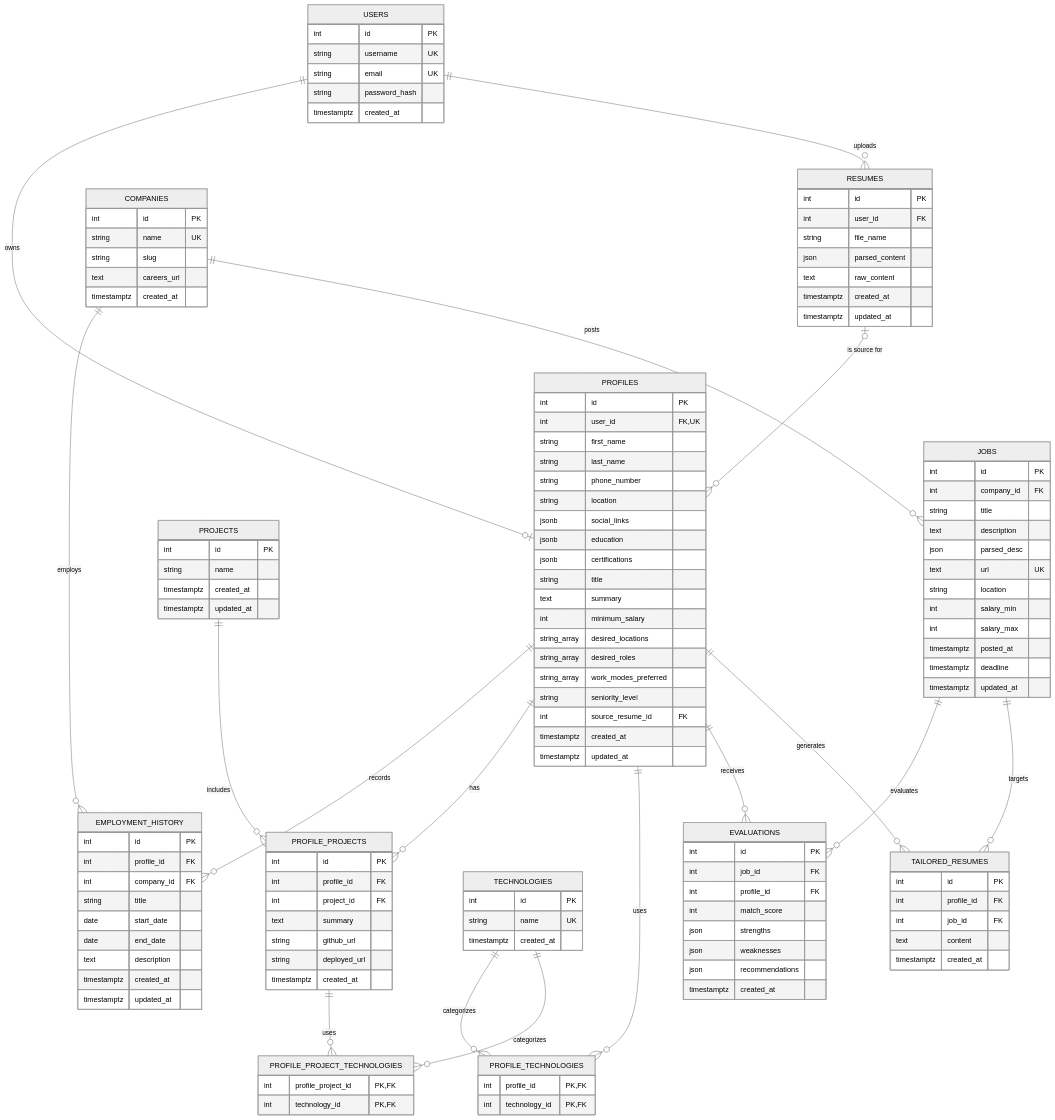
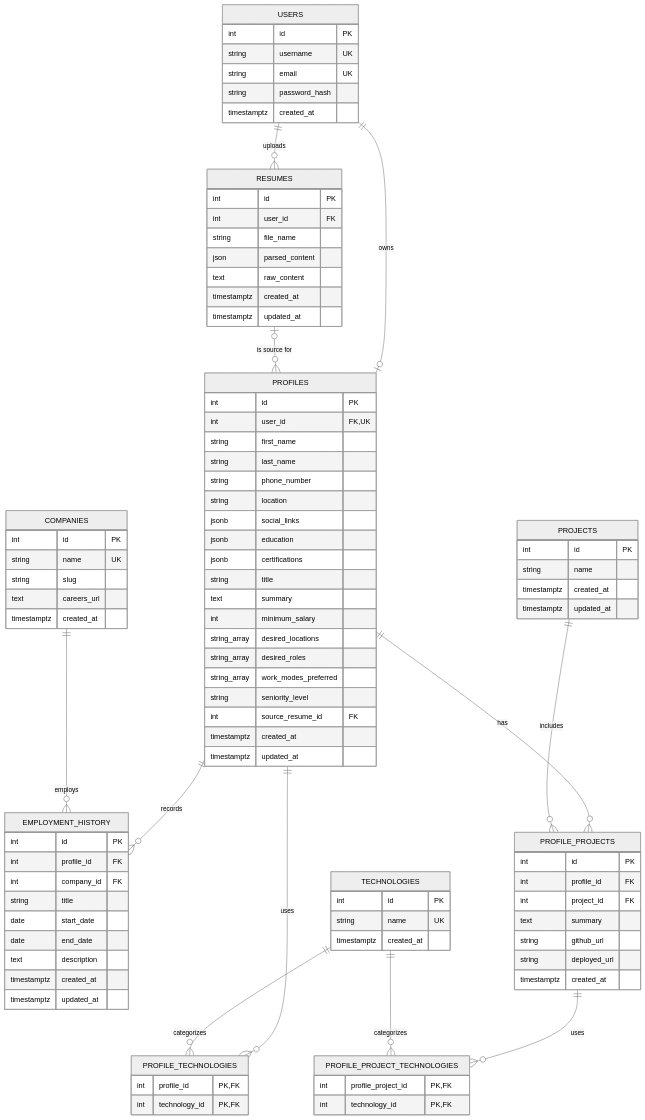
The diagram in docs/architecture/database-schema.md (saimm97/hire-journey), drawn with Mermaid (neutral theme) before and after one commit. The commit also changed other lines of this file and 44 other files, not shown here.

Commit message:
cleanup: remove unnecessary files, keep onboarding flow in this branch

````diff
--- a/docs/architecture/database-schema.md
+++ b/docs/architecture/database-schema.md
@@ -24,12 +26,6 @@
     TECHNOLOGIES ||--o{ PROFILE_TECHNOLOGIES : categorizes
     PROFILE_PROJECTS ||--o{ PROFILE_PROJECT_TECHNOLOGIES : uses
     TECHNOLOGIES ||--o{ PROFILE_PROJECT_TECHNOLOGIES : categorizes
-
-    COMPANIES ||--o{ JOBS : posts
-    PROFILES ||--o{ EVALUATIONS : receives
-    JOBS ||--o{ EVALUATIONS : evaluates
-    PROFILES ||--o{ TAILORED_RESUMES : generates
-    JOBS ||--o{ TAILORED_RESUMES : targets
 
     USERS {
         int id PK
@@ -124,37 +120,4 @@
         timestamptz created_at
     }
 
-    JOBS {
-        int id PK
-        int company_id FK
-        string title
-        text description
-        json parsed_desc
-        text url UK
-        string location
-        int salary_min
-        int salary_max
-        timestamptz posted_at
-        timestamptz deadline
-        timestamptz updated_at
-    }
-
-    EVALUATIONS {
-        int id PK
-        int job_id FK
-        int profile_id FK
-        int match_score
-        json strengths
-        json weaknesses
-        json recommendations
-        timestamptz created_at
-    }
-
-    TAILORED_RESUMES {
-        int id PK
-        int profile_id FK
-        int job_id FK
-        text content
-        timestamptz created_at
-    }
 ```
````
